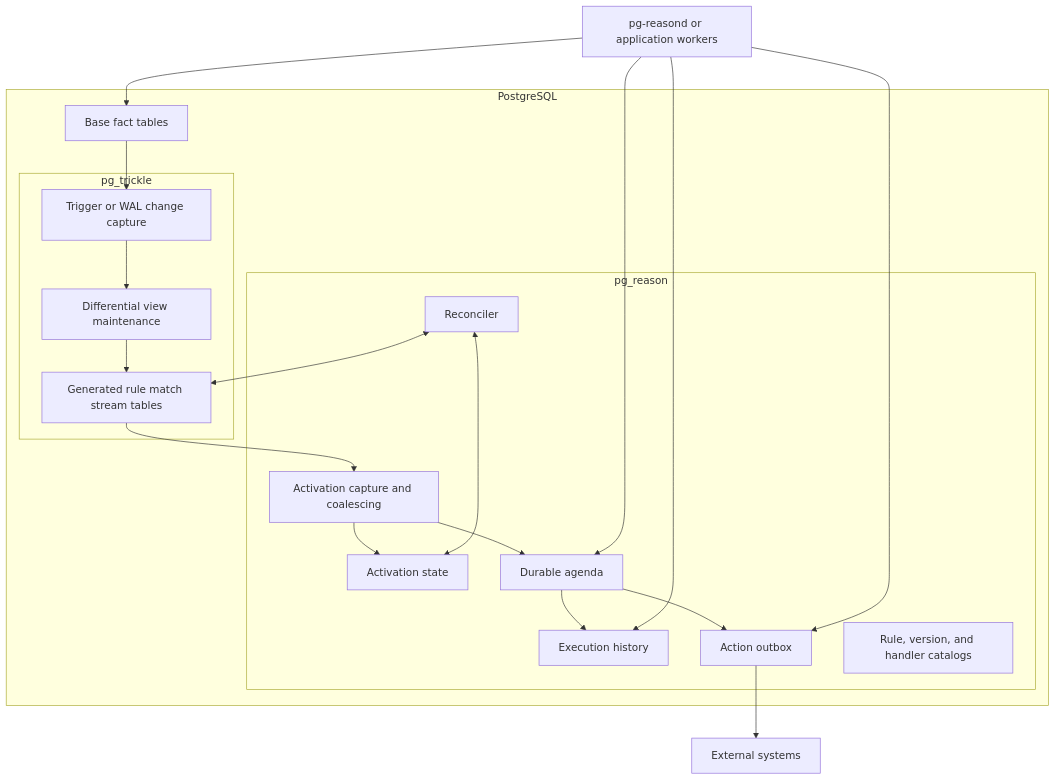
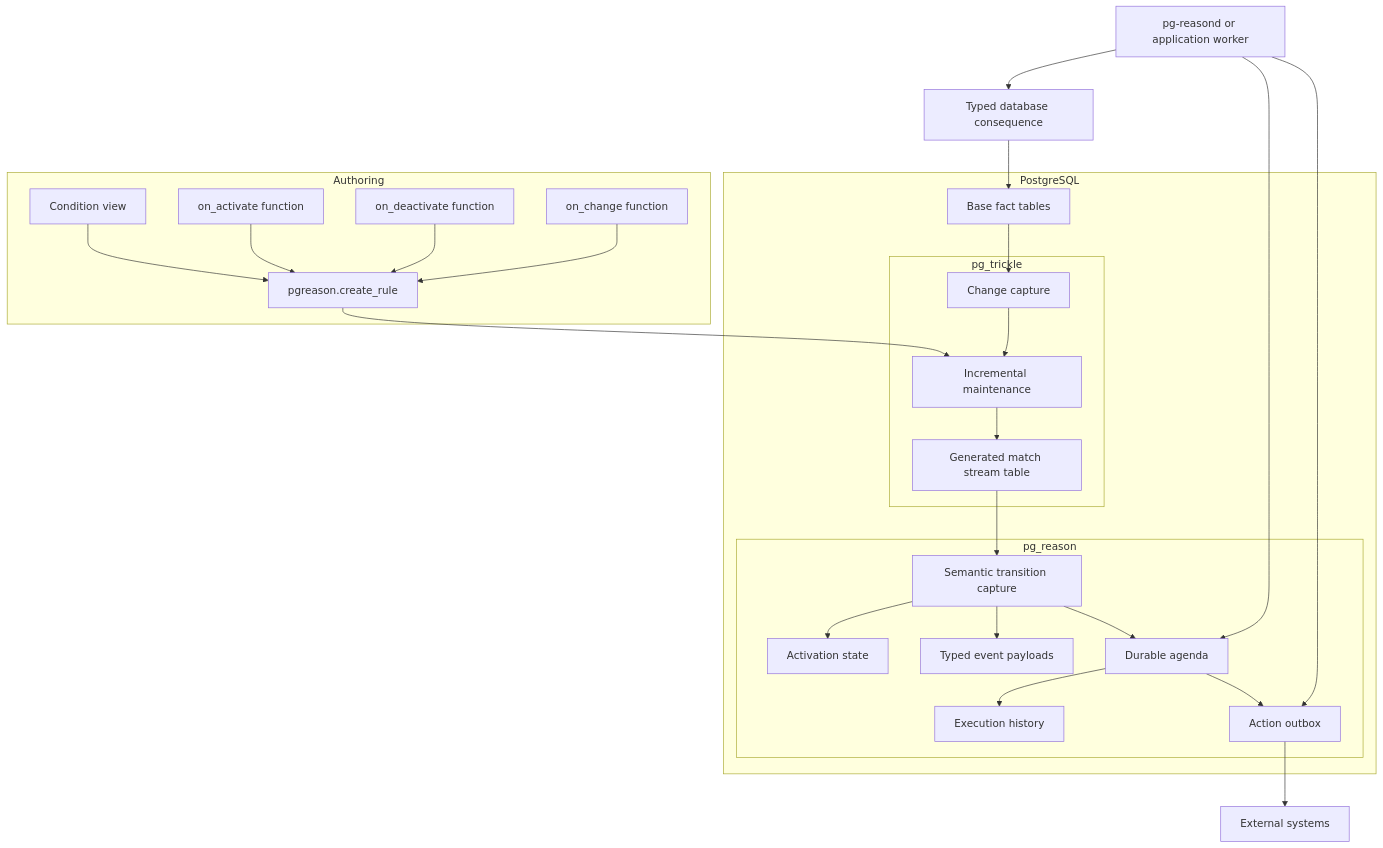
Before and after one commit to trickle-labs/pg-react: the second of 3 diagrams in DESIGN.md, drawn with Mermaid. The commit also changed other lines of this file, not shown here.

````diff
--- a/DESIGN.md
+++ b/DESIGN.md
@@ -120,39 +144,48 @@
 ```mermaid
 flowchart TB
+    subgraph Authoring
+        V[Condition view]
+        FA[on_activate function]
+        FD[on_deactivate function]
+        FC[on_change function]
+        R[pgreason.create_rule]
+        V --> R
+        FA --> R
+        FD --> R
+        FC --> R
+    end
+
     subgraph PostgreSQL
         BT[Base fact tables]
 
         subgraph pg_trickle
-            CDC[Trigger or WAL change capture]
-            DVM[Differential view maintenance]
-            ST[Generated rule match stream tables]
+            CDC[Change capture]
+            DVM[Incremental maintenance]
+            MT[Generated match stream table]
         end
 
         subgraph pg_reason
-            TR[Activation capture and coalescing]
+            CP[Semantic transition capture]
             AS[Activation state]
+            EP[Typed event payloads]
             AG[Durable agenda]
-            EX[Execution history]
+            EH[Execution history]
             OB[Action outbox]
-            CAT[Rule, version, and handler catalogs]
-            RC[Reconciler]
         end
-
-        BT --> CDC
-        CDC --> DVM
-        DVM --> ST
-        ST --> TR
-        TR --> AS
-        TR --> AG
-        RC <--> ST
-        RC <--> AS
-        AG --> EX
-        AG --> OB
     end
 
-    W[pg-reasond or application workers] --> AG
-    W --> EX
+    R --> DVM
+    BT --> CDC --> DVM --> MT
+    MT --> CP
+    CP --> AS
+    CP --> EP
+    CP --> AG
+    AG --> EH
+    AG --> OB
+
+    W[pg-reasond or application worker] --> AG
+    W --> X[Typed database consequence]
     W --> OB
-    W --> BT
-    OB --> X[External systems]
+    X --> BT
+    OB --> EXT[External systems]
 ```
````
